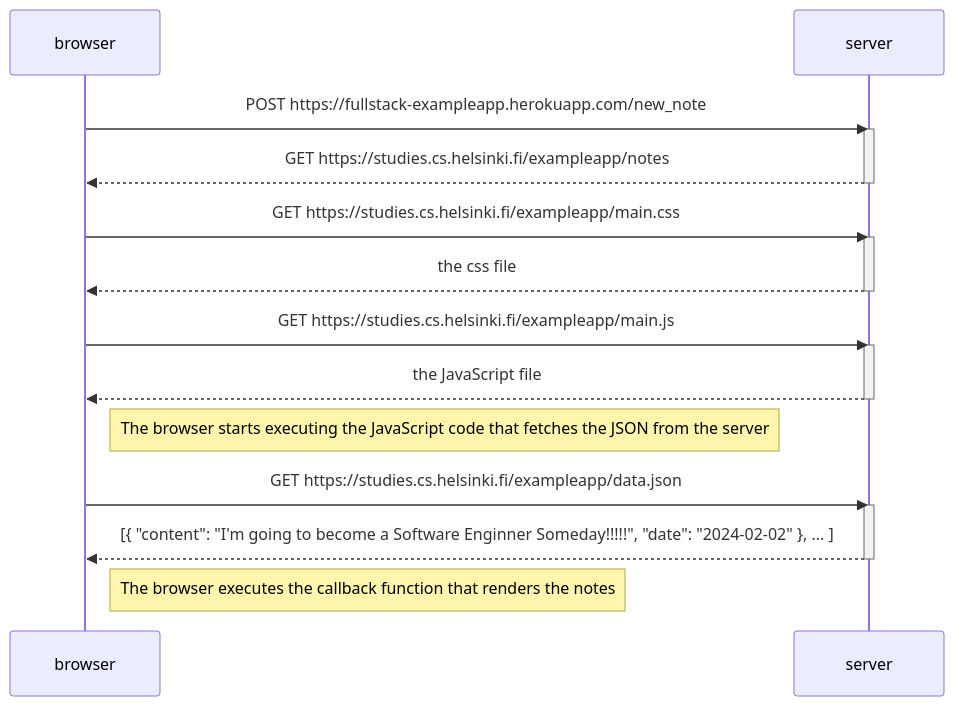
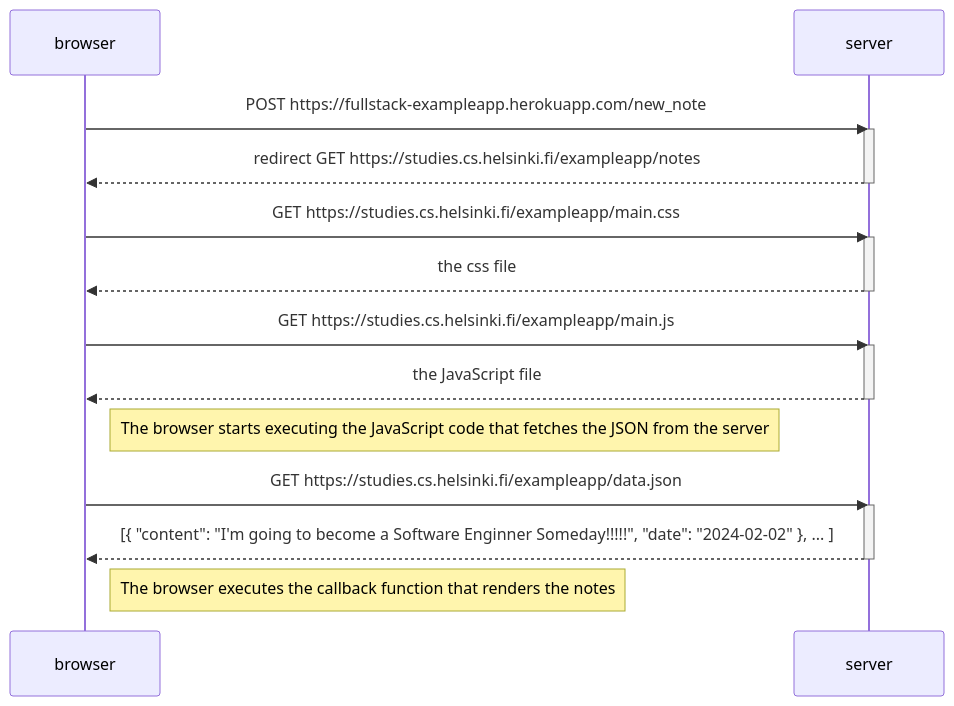
One commit to RoronoaGago/full-stack-open-exercioes changed the diagram in part0/0.4.md. Above: the diagram before and after it, drawn with Mermaid.

Commit message:
added the "redirect"

`````diff
--- a/part0/0.4.md
+++ b/part0/0.4.md
@@ -1,29 +1,29 @@
 ````mermaid
 sequenceDiagram
     participant browser
     participant server
 
     browser->>server: POST https://fullstack-exampleapp.herokuapp.com/new_note
     activate server
-    server-->>browser: GET https://studies.cs.helsinki.fi/exampleapp/notes
+    server-->>browser: redirect GET https://studies.cs.helsinki.fi/exampleapp/notes
     deactivate server
 
     browser->>server: GET https://studies.cs.helsinki.fi/exampleapp/main.css
     activate server
     server-->>browser: the css file
     deactivate server
 
     browser->>server: GET https://studies.cs.helsinki.fi/exampleapp/main.js
     activate server
     server-->>browser: the JavaScript file
     deactivate server
 
     Note right of browser: The browser starts executing the JavaScript code that fetches the JSON from the server
 
     browser->>server: GET https://studies.cs.helsinki.fi/exampleapp/data.json
     activate server
     server-->>browser: [{ "content": "I'm going to become a Software Enginner Someday!!!!!", "date": "2024-02-02" }, ... ]
     deactivate server
 
     Note right of browser: The browser executes the callback function that renders the notes
 ````
`````
